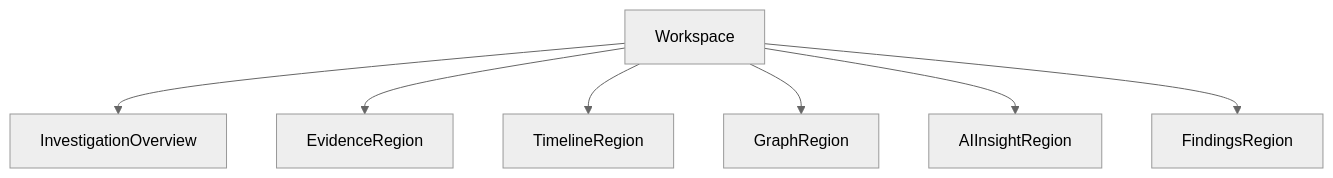
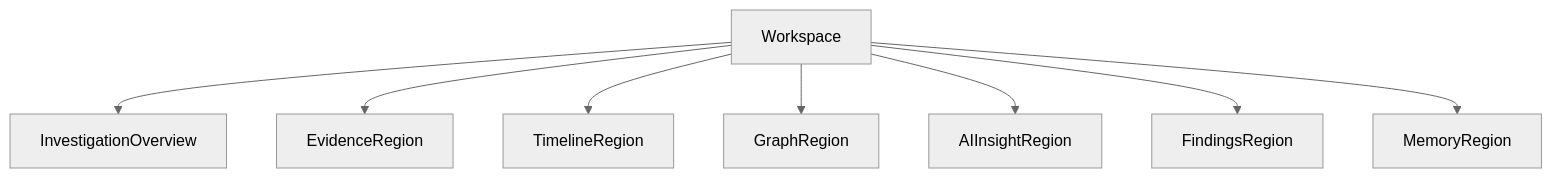
One commit to koraayoztuurk/SentinelAI changed the diagram in docs/05-frontend/investigation-workspace.md. Above: the diagram before and after it, drawn with Mermaid (neutral theme). The commit also changed other lines of this file and 5 other files, not shown here.

Commit message:
docs(frontend): finalize architecture consistency review

````diff
--- a/docs/05-frontend/investigation-workspace.md
+++ b/docs/05-frontend/investigation-workspace.md
@@ -136,15 +136,17 @@
 ```mermaid
 flowchart TD
 
 Workspace --> InvestigationOverview
 
 Workspace --> EvidenceRegion
 
 Workspace --> TimelineRegion
 
 Workspace --> GraphRegion
 
 Workspace --> AIInsightRegion
 
 Workspace --> FindingsRegion
+
+Workspace --> MemoryRegion
 ```
````
